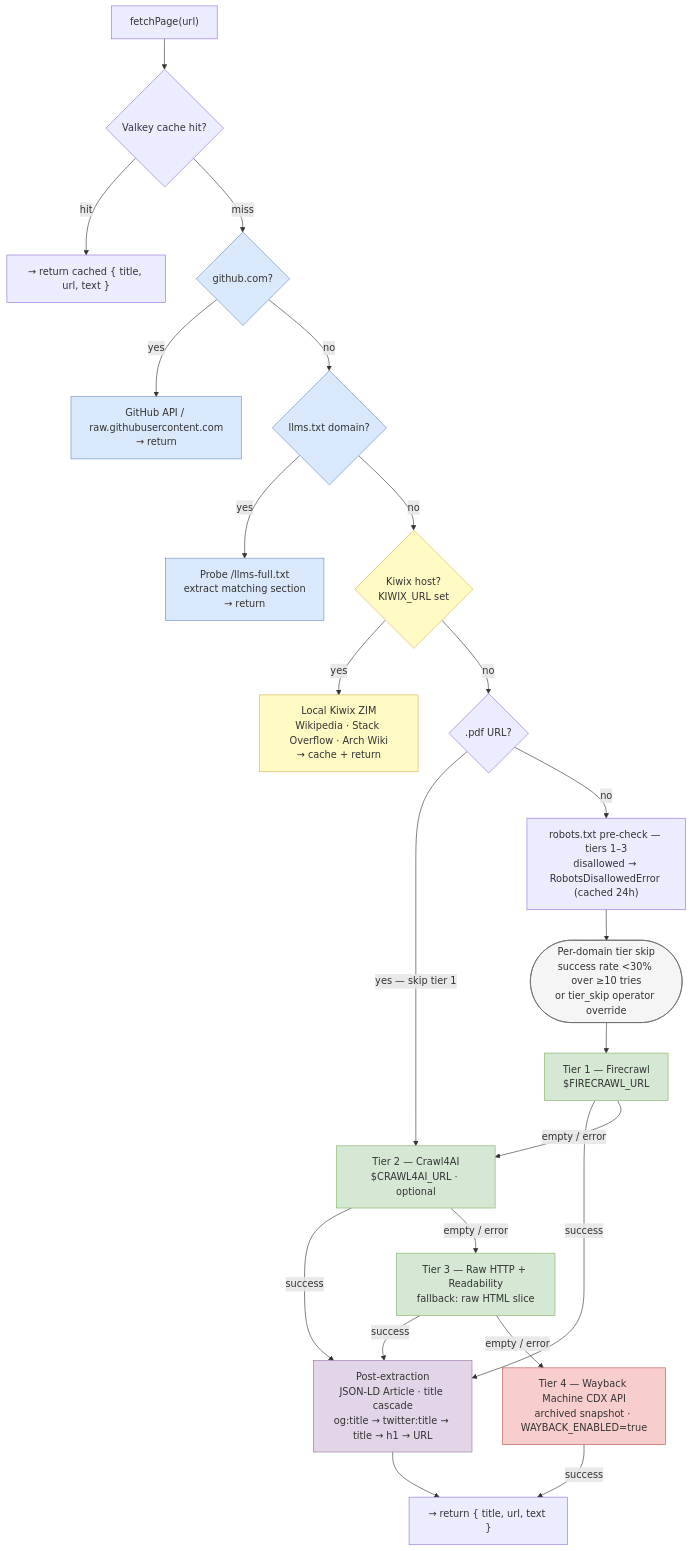
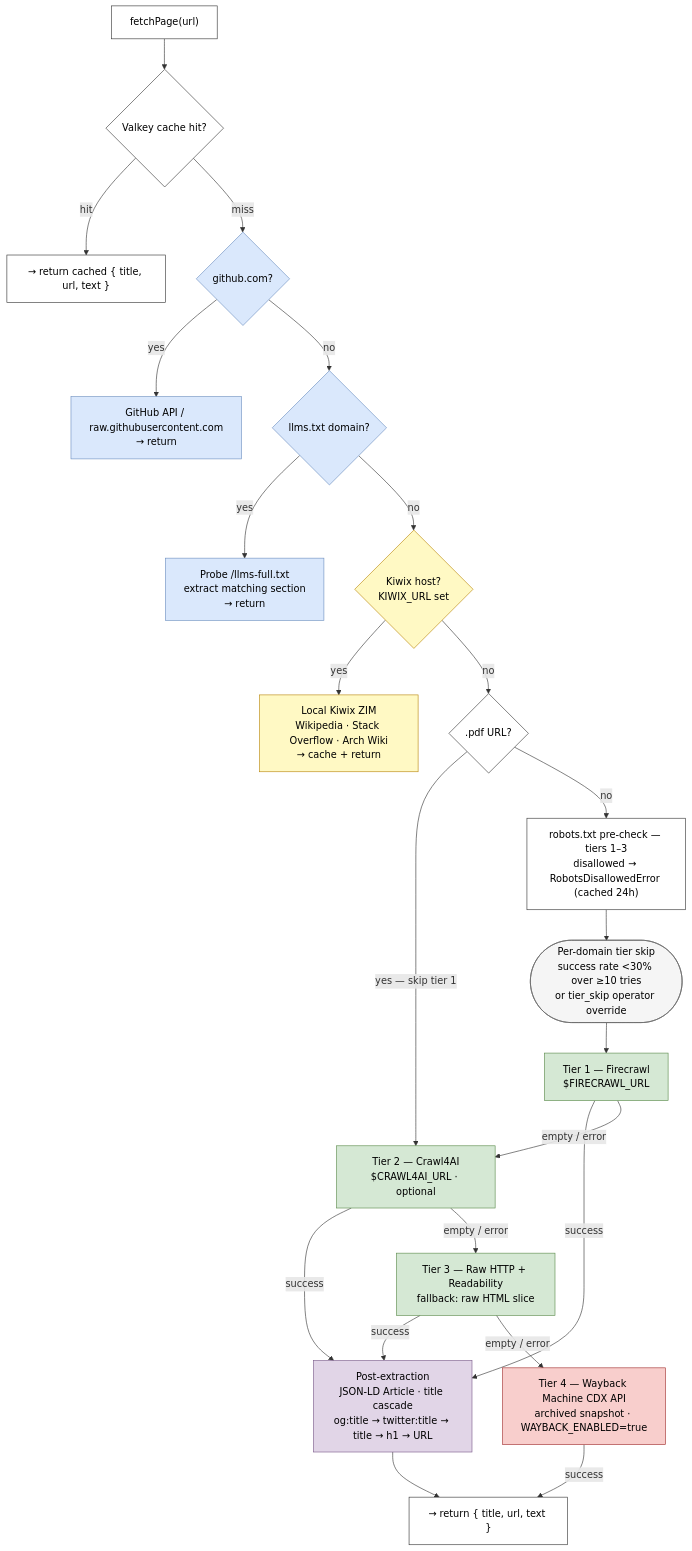
The diagram in README.md (TadMSTR/searxng-mcp), drawn with Mermaid before and after one commit.

Commit message:
docs: fix Mermaid diagram contrast — force color:#000000 on all nodes
Adds explicit dark text and lighter strokes to every node so text is
readable in dark mode. Fixes .pdf URL? node (was unstyled, rendered
black-on-black) and washed-out text on light-fill nodes.

````diff
--- a/README.md
+++ b/README.md
@@ -59,56 +59,62 @@
 ```mermaid
 flowchart TD
     entry["fetchPage(url)"]
     cache{"Valkey cache hit?"}
     cached["→ return cached { title, url, text }"]
     github{"github.com?"}
     gh_fetch["GitHub API / raw.githubusercontent.com\n→ return"]
     llms{"llms.txt domain?"}
     llms_fetch["Probe /llms-full.txt\nextract matching section\n→ return"]
     kiwix{"Kiwix host?\nKIWIX_URL set"}
     kiwix_fetch["Local Kiwix ZIM\nWikipedia · Stack Overflow · Arch Wiki\n→ cache + return"]
     pdf{".pdf URL?"}
     robots["robots.txt pre-check — tiers 1–3\ndisallowed → RobotsDisallowedError (cached 24h)"]
     tier_skip(["Per-domain tier skip\nsuccess rate &lt;30% over ≥10 tries\nor tier_skip operator override"])
     t1["Tier 1 — Firecrawl\n$FIRECRAWL_URL"]
     t2["Tier 2 — Crawl4AI\n$CRAWL4AI_URL · optional"]
     t3["Tier 3 — Raw HTTP + Readability\nfallback: raw HTML slice"]
     t4["Tier 4 — Wayback Machine CDX API\narchived snapshot · WAYBACK_ENABLED=true"]
     post["Post-extraction\nJSON-LD Article · title cascade\nog:title → twitter:title → title → h1 → URL"]
     result["→ return { title, url, text }"]
 
     entry --> cache
     cache -->|hit| cached
     cache -->|miss| github
     github -->|yes| gh_fetch
     github -->|no| llms
     llms -->|yes| llms_fetch
     llms -->|no| kiwix
     kiwix -->|yes| kiwix_fetch
     kiwix -->|no| pdf
     pdf -->|"yes — skip tier 1"| t2
     pdf -->|no| robots
     robots --> tier_skip
     tier_skip --> t1
     t1 -->|success| post
     t1 -->|"empty / error"| t2
     t2 -->|success| post
     t2 -->|"empty / error"| t3
     t3 -->|success| post
     t3 -->|"empty / error"| t4
     t4 -->|success| result
     post --> result
 
-    style kiwix fill:#fff9c4,stroke:#d6b656
-    style kiwix_fetch fill:#fff9c4,stroke:#d6b656
-    style llms fill:#dae8fc,stroke:#6c8ebf
-    style llms_fetch fill:#dae8fc,stroke:#6c8ebf
-    style github fill:#dae8fc,stroke:#6c8ebf
-    style gh_fetch fill:#dae8fc,stroke:#6c8ebf
-    style t1 fill:#d5e8d4,stroke:#82b366
-    style t2 fill:#d5e8d4,stroke:#82b366
-    style t3 fill:#d5e8d4,stroke:#82b366
-    style t4 fill:#f8cecc,stroke:#b85450
-    style post fill:#e1d5e7,stroke:#9673a6
-    style tier_skip fill:#f5f5f5,stroke:#666666,color:#333333
+    style entry fill:#ffffff,stroke:#333333,color:#000000
+    style cache fill:#ffffff,stroke:#333333,color:#000000
+    style cached fill:#ffffff,stroke:#333333,color:#000000
+    style github fill:#dae8fc,stroke:#6c8ebf,color:#000000
+    style gh_fetch fill:#dae8fc,stroke:#6c8ebf,color:#000000
+    style llms fill:#dae8fc,stroke:#6c8ebf,color:#000000
+    style llms_fetch fill:#dae8fc,stroke:#6c8ebf,color:#000000
+    style kiwix fill:#fff9c4,stroke:#b8860b,color:#000000
+    style kiwix_fetch fill:#fff9c4,stroke:#b8860b,color:#000000
+    style pdf fill:#ffffff,stroke:#333333,color:#000000
+    style robots fill:#ffffff,stroke:#333333,color:#000000
+    style tier_skip fill:#f5f5f5,stroke:#666666,color:#000000
+    style t1 fill:#d5e8d4,stroke:#5a8a4a,color:#000000
+    style t2 fill:#d5e8d4,stroke:#5a8a4a,color:#000000
+    style t3 fill:#d5e8d4,stroke:#5a8a4a,color:#000000
+    style t4 fill:#f8cecc,stroke:#a03030,color:#000000
+    style post fill:#e1d5e7,stroke:#7a5a8a,color:#000000
+    style result fill:#ffffff,stroke:#333333,color:#000000
 ```
````
